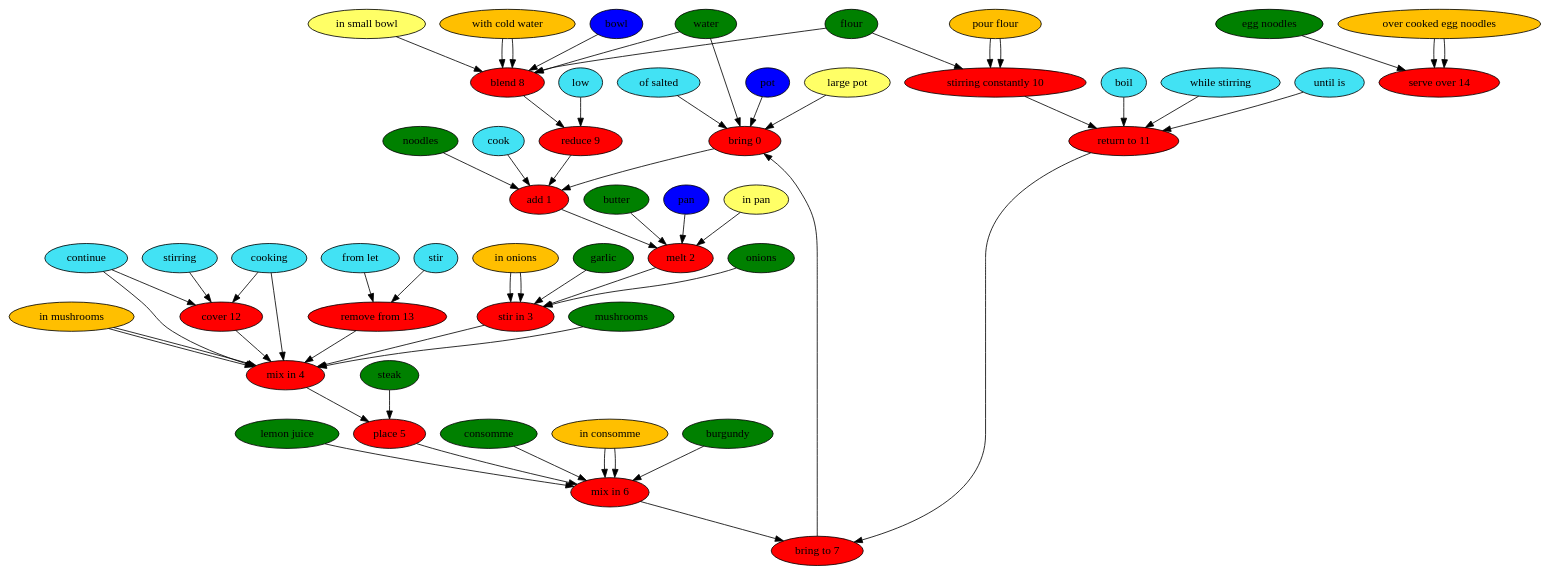
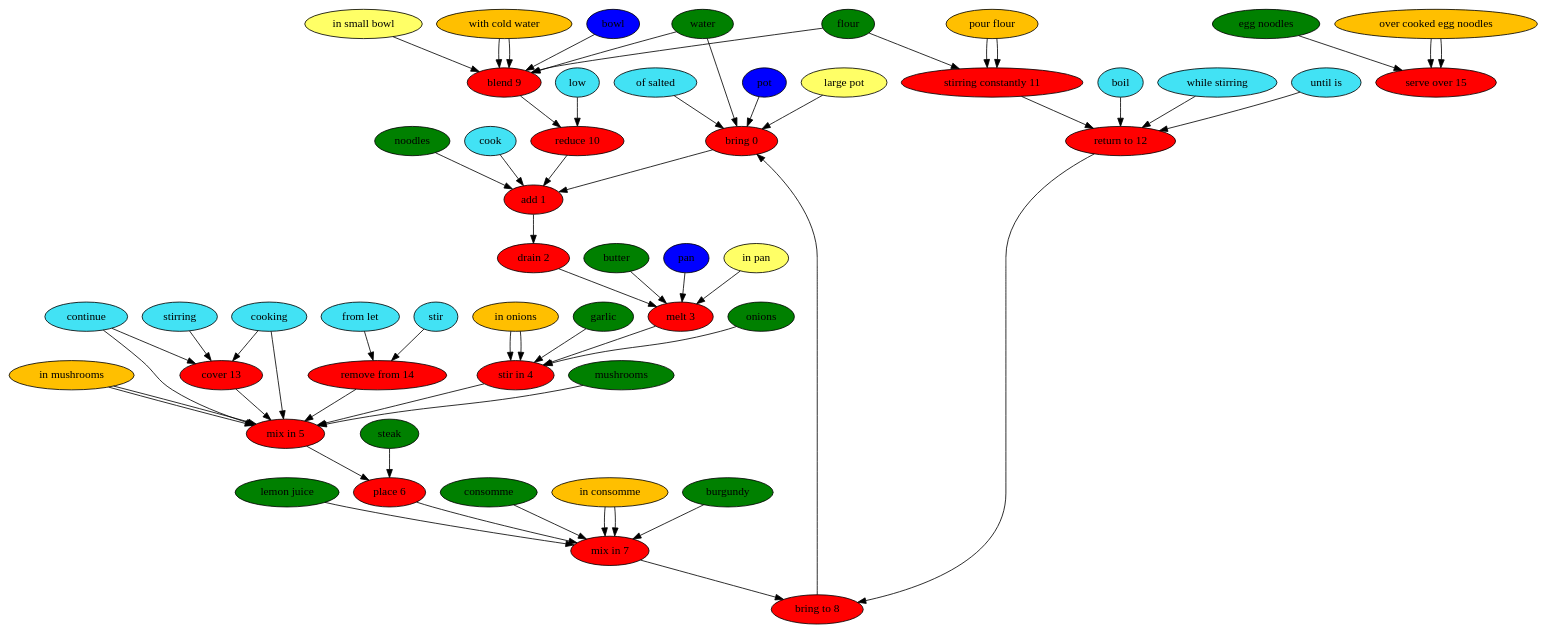
Before and after one commit to can-keklik/RecipePostagger: the diagram in results/paper/best-beef-stroganoff.dot, drawn with Graphviz. The commit also changed 4 other files, not shown here.

```diff
--- a/results/paper/best-beef-stroganoff.dot
+++ b/results/paper/best-beef-stroganoff.dot
@@ -1,121 +1,123 @@
 digraph G {
 "bring 0" [style=filled, fillcolor=red];
 "of salted" [style=filled, fillcolor="#42e2f4"];
 "of salted" -> "bring 0";
 water [style=filled, fillcolor=green];
 water -> "bring 0";
 pot [style=filled, fillcolor="#0000ff"];
 pot -> "bring 0";
 "large pot" [style=filled, fillcolor="#ffff66"];
 "large pot" -> "bring 0";
 "add 1" [style=filled, fillcolor=red];
 cook [style=filled, fillcolor="#42e2f4"];
 cook -> "add 1";
 noodles [style=filled, fillcolor=green];
 noodles -> "add 1";
-"melt 2" [style=filled, fillcolor=red];
+"drain 2" [style=filled, fillcolor=red];
+"melt 3" [style=filled, fillcolor=red];
 butter [style=filled, fillcolor=green];
-butter -> "melt 2";
+butter -> "melt 3";
 pan [style=filled, fillcolor="#0000ff"];
-pan -> "melt 2";
+pan -> "melt 3";
 "in pan" [style=filled, fillcolor="#ffff66"];
-"in pan" -> "melt 2";
-"stir in 3" [style=filled, fillcolor=red];
+"in pan" -> "melt 3";
+"stir in 4" [style=filled, fillcolor=red];
 onions [style=filled, fillcolor=green];
-onions -> "stir in 3";
+onions -> "stir in 4";
 "in onions" [style=filled, fillcolor="#01DFA5"];
-"in onions" -> "stir in 3";
+"in onions" -> "stir in 4";
 garlic [style=filled, fillcolor=green];
-garlic -> "stir in 3";
+garlic -> "stir in 4";
 "in onions" [style=filled, fillcolor="#FFBF00"];
-"in onions" -> "stir in 3";
-"mix in 4" [style=filled, fillcolor=red];
+"in onions" -> "stir in 4";
+"mix in 5" [style=filled, fillcolor=red];
 continue [style=filled, fillcolor="#42e2f4"];
-continue -> "mix in 4";
+continue -> "mix in 5";
 cooking [style=filled, fillcolor="#42e2f4"];
-cooking -> "mix in 4";
+cooking -> "mix in 5";
 mushrooms [style=filled, fillcolor=green];
-mushrooms -> "mix in 4";
+mushrooms -> "mix in 5";
 "in mushrooms" [style=filled, fillcolor="#01DFA5"];
-"in mushrooms" -> "mix in 4";
+"in mushrooms" -> "mix in 5";
 "in mushrooms" [style=filled, fillcolor="#FFBF00"];
-"in mushrooms" -> "mix in 4";
-"place 5" [style=filled, fillcolor=red];
+"in mushrooms" -> "mix in 5";
+"place 6" [style=filled, fillcolor=red];
 steak [style=filled, fillcolor=green];
-steak -> "place 5";
-"mix in 6" [style=filled, fillcolor=red];
+steak -> "place 6";
+"mix in 7" [style=filled, fillcolor=red];
 consomme [style=filled, fillcolor=green];
-consomme -> "mix in 6";
+consomme -> "mix in 7";
 "in consomme" [style=filled, fillcolor="#01DFA5"];
-"in consomme" -> "mix in 6";
+"in consomme" -> "mix in 7";
 burgundy [style=filled, fillcolor=green];
-burgundy -> "mix in 6";
+burgundy -> "mix in 7";
 "lemon juice" [style=filled, fillcolor=green];
-"lemon juice" -> "mix in 6";
+"lemon juice" -> "mix in 7";
 "in consomme" [style=filled, fillcolor="#FFBF00"];
-"in consomme" -> "mix in 6";
-"bring to 7" [style=filled, fillcolor=red];
-"blend 8" [style=filled, fillcolor=red];
+"in consomme" -> "mix in 7";
+"bring to 8" [style=filled, fillcolor=red];
+"blend 9" [style=filled, fillcolor=red];
 flour [style=filled, fillcolor=green];
-flour -> "blend 8";
+flour -> "blend 9";
 water [style=filled, fillcolor=green];
-water -> "blend 8";
+water -> "blend 9";
 "with cold water" [style=filled, fillcolor="#01DFA5"];
-"with cold water" -> "blend 8";
+"with cold water" -> "blend 9";
 bowl [style=filled, fillcolor="#0000ff"];
-bowl -> "blend 8";
+bowl -> "blend 9";
 "in small bowl" [style=filled, fillcolor="#ffff66"];
-"in small bowl" -> "blend 8";
+"in small bowl" -> "blend 9";
 "with cold water" [style=filled, fillcolor="#FFBF00"];
-"with cold water" -> "blend 8";
-"reduce 9" [style=filled, fillcolor=red];
+"with cold water" -> "blend 9";
+"reduce 10" [style=filled, fillcolor=red];
 low [style=filled, fillcolor="#42e2f4"];
-low -> "reduce 9";
-"stirring constantly 10" [style=filled, fillcolor=red];
+low -> "reduce 10";
+"stirring constantly 11" [style=filled, fillcolor=red];
 flour [style=filled, fillcolor=green];
-flour -> "stirring constantly 10";
+flour -> "stirring constantly 11";
 "pour flour" [style=filled, fillcolor="#01DFA5"];
-"pour flour" -> "stirring constantly 10";
+"pour flour" -> "stirring constantly 11";
 "pour flour" [style=filled, fillcolor="#FFBF00"];
-"pour flour" -> "stirring constantly 10";
-"return to 11" [style=filled, fillcolor=red];
+"pour flour" -> "stirring constantly 11";
+"return to 12" [style=filled, fillcolor=red];
 boil [style=filled, fillcolor="#42e2f4"];
-boil -> "return to 11";
+boil -> "return to 12";
 "while stirring" [style=filled, fillcolor="#42e2f4"];
-"while stirring" -> "return to 11";
+"while stirring" -> "return to 12";
 "until is" [style=filled, fillcolor="#42e2f4"];
-"until is" -> "return to 11";
-"cover 12" [style=filled, fillcolor=red];
+"until is" -> "return to 12";
+"cover 13" [style=filled, fillcolor=red];
 continue [style=filled, fillcolor="#42e2f4"];
-continue -> "cover 12";
+continue -> "cover 13";
 cooking [style=filled, fillcolor="#42e2f4"];
-cooking -> "cover 12";
+cooking -> "cover 13";
 stirring [style=filled, fillcolor="#42e2f4"];
-stirring -> "cover 12";
-"remove from 13" [style=filled, fillcolor=red];
+stirring -> "cover 13";
+"remove from 14" [style=filled, fillcolor=red];
 "from let" [style=filled, fillcolor="#42e2f4"];
-"from let" -> "remove from 13";
+"from let" -> "remove from 14";
 stir [style=filled, fillcolor="#42e2f4"];
-stir -> "remove from 13";
-"serve over 14" [style=filled, fillcolor=red];
+stir -> "remove from 14";
+"serve over 15" [style=filled, fillcolor=red];
 "egg noodles" [style=filled, fillcolor=green];
-"egg noodles" -> "serve over 14";
+"egg noodles" -> "serve over 15";
 "over cooked egg noodles" [style=filled, fillcolor="#01DFA5"];
-"over cooked egg noodles" -> "serve over 14";
+"over cooked egg noodles" -> "serve over 15";
 "over cooked egg noodles" [style=filled, fillcolor="#FFBF00"];
-"over cooked egg noodles" -> "serve over 14";
+"over cooked egg noodles" -> "serve over 15";
 "bring 0" -> "add 1";
-"add 1" -> "melt 2";
-"melt 2" -> "stir in 3";
-"stir in 3" -> "mix in 4";
-"mix in 4" -> "place 5";
-"place 5" -> "mix in 6";
-"mix in 6" -> "bring to 7";
-"bring to 7" -> "bring 0";
-"blend 8" -> "reduce 9";
-"reduce 9" -> "add 1";
-"stirring constantly 10" -> "return to 11";
-"return to 11" -> "bring to 7";
-"cover 12" -> "mix in 4";
-"remove from 13" -> "mix in 4";
+"add 1" -> "drain 2";
+"drain 2" -> "melt 3";
+"melt 3" -> "stir in 4";
+"stir in 4" -> "mix in 5";
+"mix in 5" -> "place 6";
+"place 6" -> "mix in 7";
+"mix in 7" -> "bring to 8";
+"bring to 8" -> "bring 0";
+"blend 9" -> "reduce 10";
+"reduce 10" -> "add 1";
+"stirring constantly 11" -> "return to 12";
+"return to 12" -> "bring to 8";
+"cover 13" -> "mix in 5";
+"remove from 14" -> "mix in 5";
 }
```
